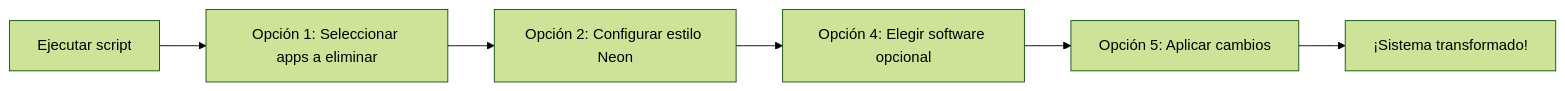
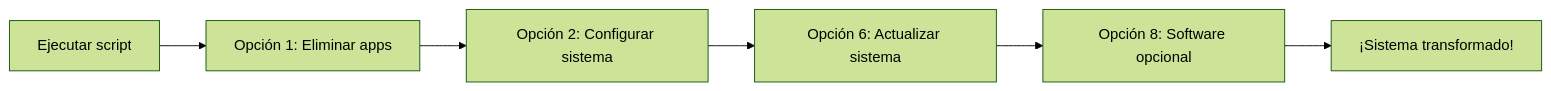
The diagram in README.md (george0884/ubuntu-ultimate-tools), drawn with Mermaid (forest theme) before and after one commit. The commit also changed other lines of this file and 1 other file, not shown here.

````diff
--- a/README.md
+++ b/README.md
@@ -145,8 +178,8 @@
 ```mermaid
 graph LR
-    A[Ejecutar script] --> B[Opción 1: Seleccionar apps a eliminar]
-    B --> C[Opción 2: Configurar estilo Neon]
-    C --> D[Opción 4: Elegir software opcional]
-    D --> E[Opción 5: Aplicar cambios]
+    A[Ejecutar script] --> B[Opción 1: Eliminar apps]
+    B --> C[Opción 2: Configurar sistema]
+    C --> D[Opción 6: Actualizar sistema]
+    D --> E[Opción 8: Software opcional]
     E --> F[¡Sistema transformado!]
 ```
````
